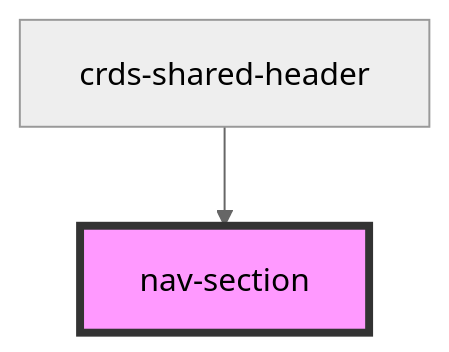
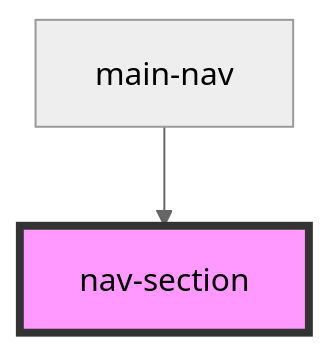
Before and after one commit to dholloran-ample/visual-regression-testing-IP: the diagram in src/components/crds-shared-header/nav-section/readme.md, drawn with Mermaid (neutral theme). The commit also changed other lines of this file and 3 other files, not shown here.

````diff
--- a/src/components/crds-shared-header/nav-section/readme.md
+++ b/src/components/crds-shared-header/nav-section/readme.md
@@ -25,5 +24,5 @@
 ```mermaid
 graph TD;
-  crds-shared-header --> nav-section
+  main-nav --> nav-section
   style nav-section fill:#f9f,stroke:#333,stroke-width:4px
 ```
````
